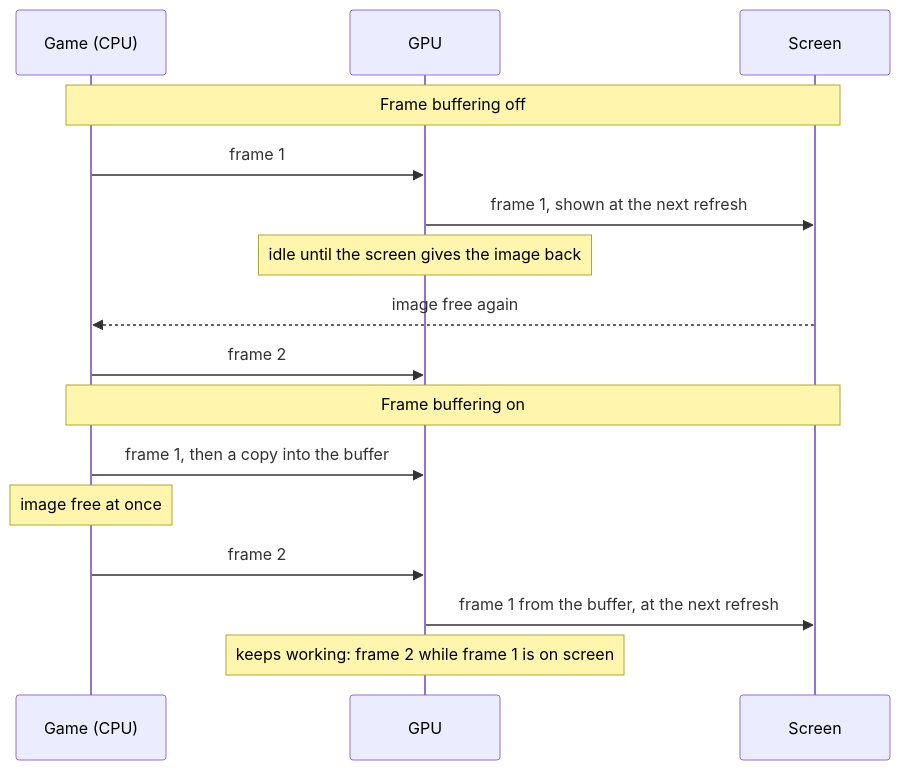
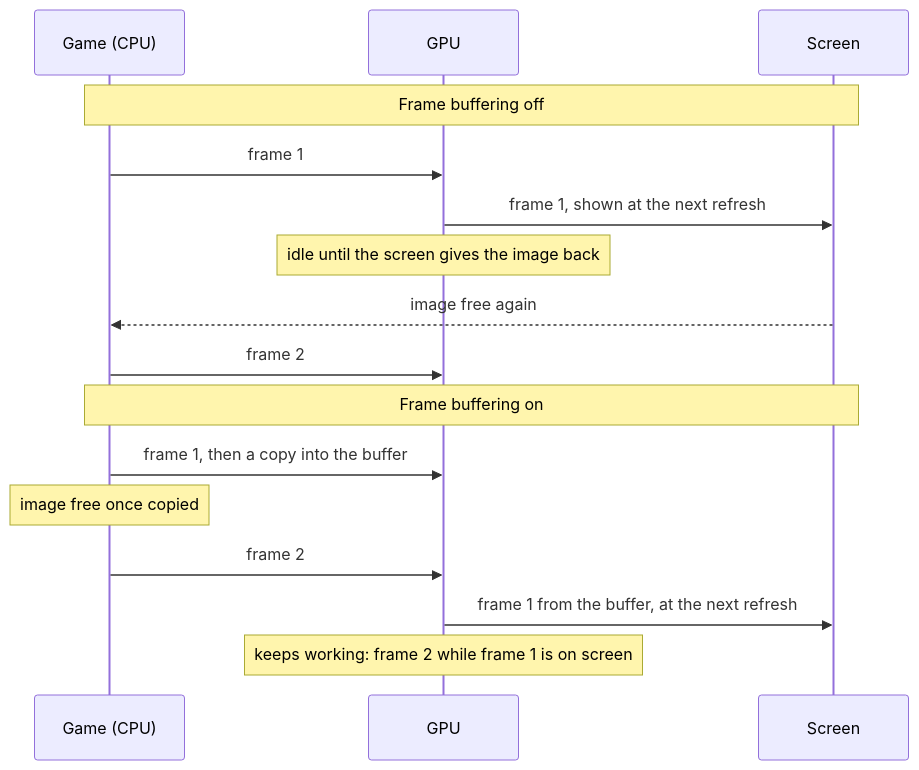
Before and after one commit to seedds/nxnative: the third of 5 diagrams in docs/settings.md, drawn with Mermaid. The commit also changed 10 other files, not shown here.

````diff
--- a/docs/settings.md
+++ b/docs/settings.md
@@ -126,18 +126,18 @@
 ```mermaid
 sequenceDiagram
     participant Game as Game (CPU)
     participant GPU
     participant Screen
     Note over Game,Screen: Frame buffering off
     Game->>GPU: frame 1
     GPU->>Screen: frame 1, shown at the next refresh
     Note over GPU: idle until the screen gives the image back
     Screen-->>Game: image free again
     Game->>GPU: frame 2
     Note over Game,Screen: Frame buffering on
     Game->>GPU: frame 1, then a copy into the buffer
-    Note over Game: image free at once
+    Note over Game: image free once copied
     Game->>GPU: frame 2
     GPU->>Screen: frame 1 from the buffer, at the next refresh
     Note over GPU: keeps working: frame 2 while frame 1 is on screen
 ```
````
